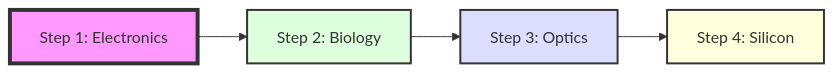
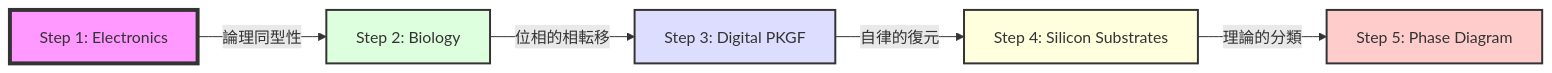
One commit to aikenkyu001/PoI_theory changed diagram 14 of 30 in PoI_Theory_jp.md. Above: the diagram before and after it, drawn with Mermaid. The commit also changed other lines of this file and 8 other files, not shown here.

````diff
--- a/PoI_Theory_jp.md
+++ b/PoI_Theory_jp.md
@@ -1194,10 +1196,12 @@
 ```mermaid
 flowchart LR
-    S1[Step 1: Electronics] --> S2[Step 2: Biology]
-    S2 --> S3[Step 3: Optics]
-    S3 --> S4[Step 4: Silicon]
+    S1[Step 1: Electronics] -->|論理同型性| S2[Step 2: Biology]
+    S2 -->|位相的相転移| S3[Step 3: Digital PKGF]
+    S3 -->|自律的復元| S4[Step 4: Silicon Substrates]
+    S4 -->|理論的分類| S5[Step 5: Phase Diagram]
     style S1 fill:#f9f,stroke:#333,stroke-width:4px
     style S2 fill:#dfd,stroke:#333,stroke-width:2px
     style S3 fill:#ddf,stroke:#333,stroke-width:2px
     style S4 fill:#ffd,stroke:#333,stroke-width:2px
+    style S5 fill:#fcc,stroke:#333,stroke-width:2px
 ```
````
